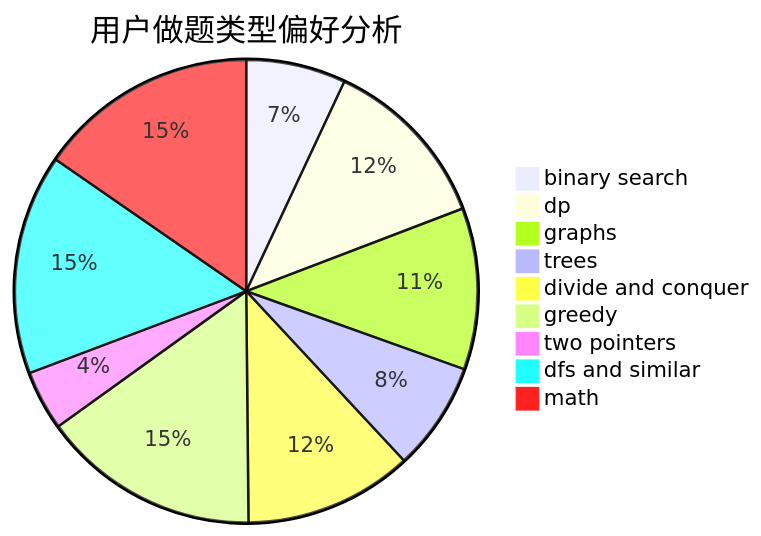
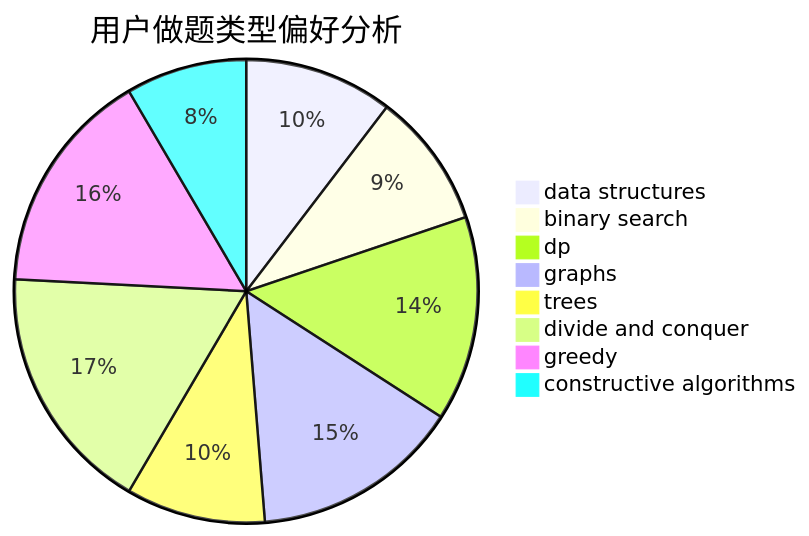
The second of 3 diagrams in docs/user/u333.md (sherpahu/cfrs.github.io), drawn with Mermaid before and after one commit. The commit also changed other lines of this file and 2775 other files, not shown here.

````diff
--- a/docs/user/u333.md
+++ b/docs/user/u333.md
@@ -23,12 +23,11 @@
 ```mermaid
 pie title 用户做题类型偏好分析
-    "binary search" :  155
-    "dp" :  272
-    "graphs" :  251
-    "trees" :  169
-    "divide and conquer" :  262
-    "greedy" :  339
-    "two pointers" :  93
-    "dfs and similar" :  342
-    "math" :  342
+    "data structures" :  145
+    "binary search" :  132
+    "dp" :  200
+    "graphs" :  204
+    "trees" :  136
+    "divide and conquer" :  243
+    "greedy" :  220
+    "constructive algorithms" :  118
 ```
````
